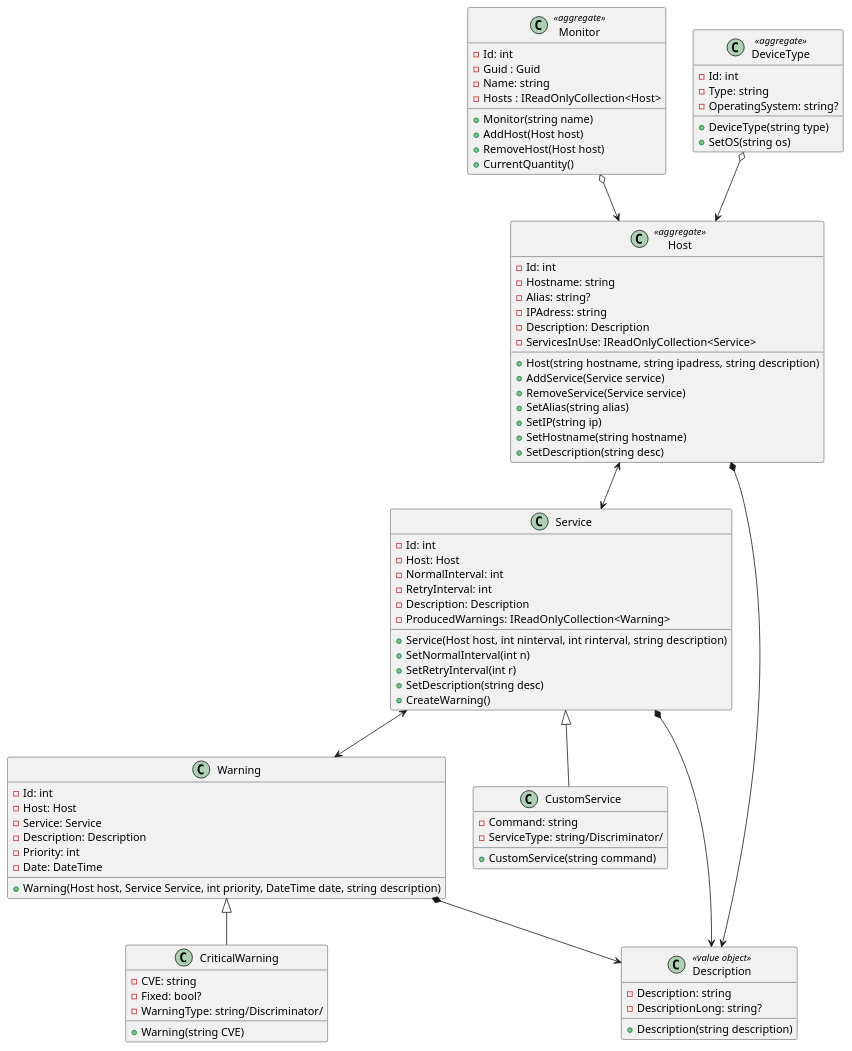
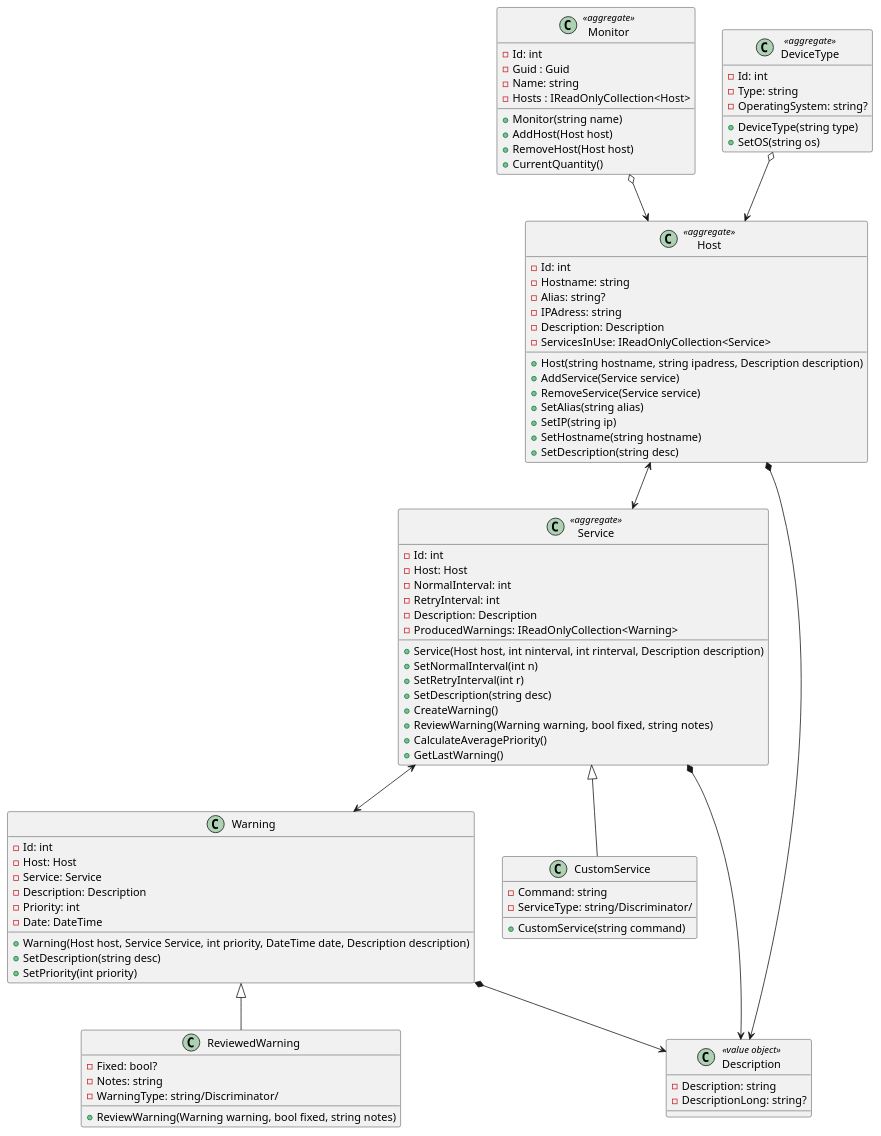
One commit to pa4ul/NetMonitor changed the diagram in ClassDiagram/NetMonitor.puml. Above: the diagram before and after it, drawn with PlantUML.

Commit message:
UML 22.12.

```diff
--- a/ClassDiagram/NetMonitor.puml
+++ b/ClassDiagram/NetMonitor.puml
@@ -1,92 +1,96 @@
 @startuml
 
 class Monitor <<aggregate>>{
     - Id: int
     - Guid : Guid
     - Name: string
     - Hosts : IReadOnlyCollection<Host>
     + Monitor(string name)
     + AddHost(Host host)
     + RemoveHost(Host host)
     + CurrentQuantity()
 }
 
 class Host <<aggregate>>{
     -Id: int
     -Hostname: string
     -Alias: string?
     -IPAdress: string
     -Description: Description
     -ServicesInUse: IReadOnlyCollection<Service>
-    +Host(string hostname, string ipadress, string description)
+    +Host(string hostname, string ipadress, Description description)
     +AddService(Service service)
     +RemoveService(Service service)
     +SetAlias(string alias)
     +SetIP(string ip)
     +SetHostname(string hostname)
     +SetDescription(string desc)
 }
-class Service{
+class Service<<aggregate>>{
     -Id: int
     -Host: Host
     -NormalInterval: int
     -RetryInterval: int
     -Description: Description
     -ProducedWarnings: IReadOnlyCollection<Warning>
-    +Service(Host host, int ninterval, int rinterval, string description)
+    +Service(Host host, int ninterval, int rinterval, Description description)
     +SetNormalInterval(int n)
     +SetRetryInterval(int r)
     +SetDescription(string desc)
     +CreateWarning()
+    +ReviewWarning(Warning warning, bool fixed, string notes)
+    +CalculateAveragePriority()
+    +GetLastWarning()
 
 }
 
 class CustomService{
     -Command: string
     -ServiceType: string/Discriminator/
     +CustomService(string command)
 }
 
 class Description <<value object>>{
     -Description: string
     -DescriptionLong: string?
-    +Description(string description)
 }
 
 class Warning{
     -Id: int
     -Host: Host
     -Service: Service
     -Description: Description
     -Priority: int
     -Date: DateTime
-    +Warning(Host host, Service Service, int priority, DateTime date, string description)
+    +Warning(Host host, Service Service, int priority, DateTime date, Description description)
+    +SetDescription(string desc)
+    +SetPriority(int priority)
 }
 
-class CriticalWarning{
-    -CVE: string
+class ReviewedWarning{
     -Fixed: bool?
+    -Notes: string
     -WarningType: string/Discriminator/
-    +Warning(string CVE)
+    +ReviewWarning(Warning warning, bool fixed, string notes)
 }
 
 class DeviceType <<aggregate>>{
     -Id: int
     -Type: string
     -OperatingSystem: string?
     +DeviceType(string type)
     +SetOS(string os)
 }
 
-CriticalWarning -up-|> Warning
+ReviewedWarning -up-|> Warning
 CustomService -up-|> Service
 Host *--> Description
 Service *--> Description
 Warning *--> Description
 Host <--> Service
 Monitor o--> Host
 DeviceType o--> Host
 Service <--> Warning
 
 
 @enduml
```
